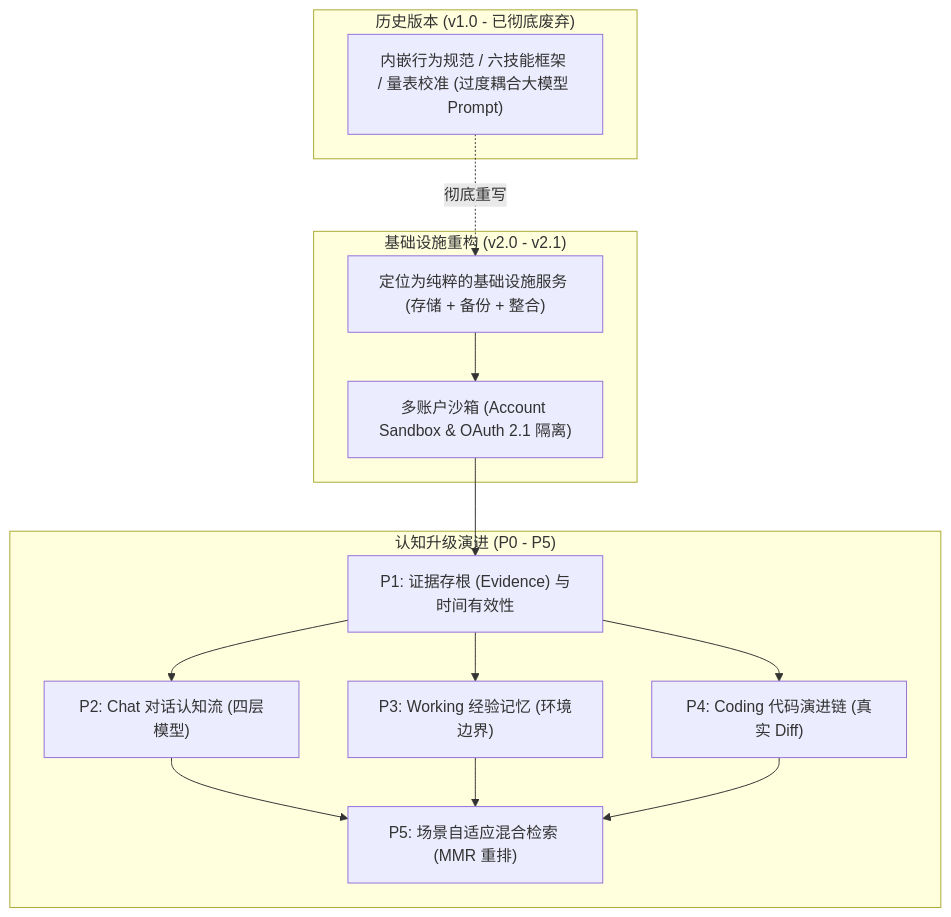
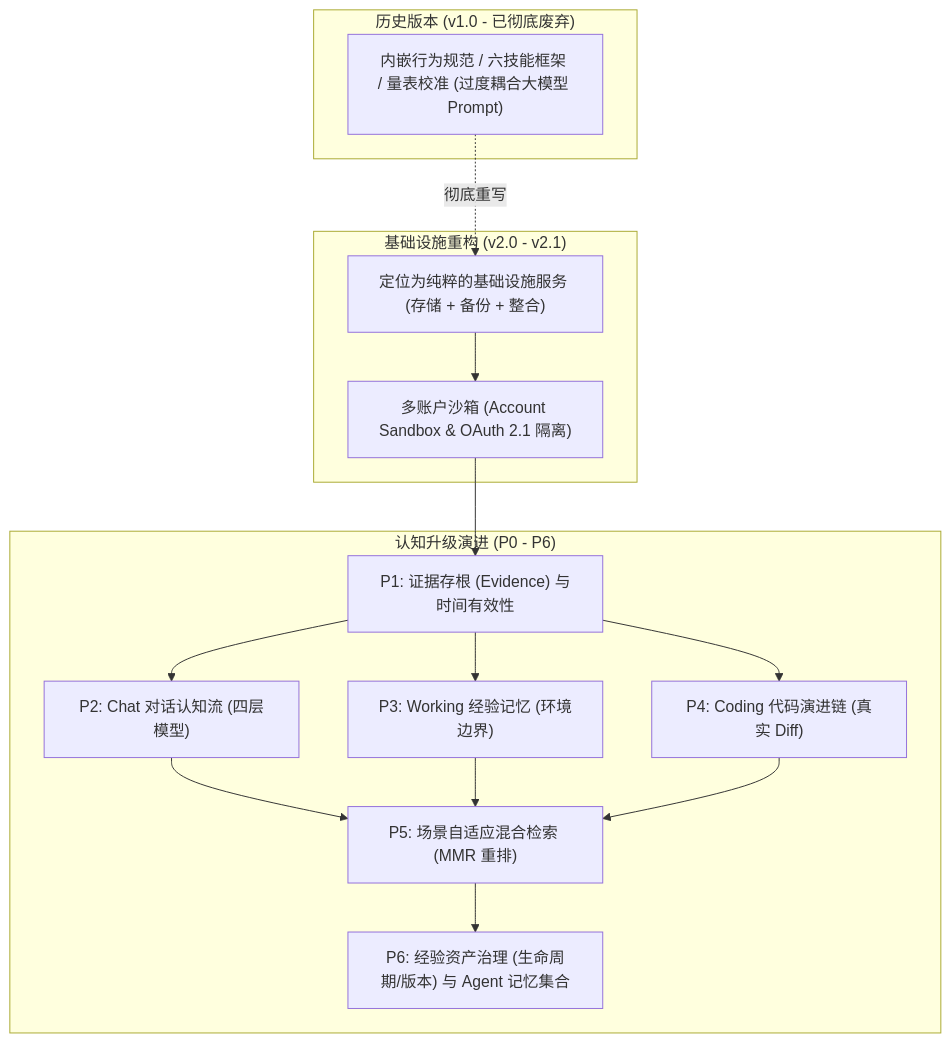
The first of 2 diagrams in docs/README.md (orderye/memory-hub), drawn with Mermaid before and after one commit. The commit also changed other lines of this file and 11 other files, not shown here.

````diff
--- a/docs/README.md
+++ b/docs/README.md
@@ -60,30 +78,32 @@
 ```mermaid
 flowchart TD
     subgraph V1["历史版本 (v1.0 - 已彻底废弃)"]
         V1_Old["内嵌行为规范 / 六技能框架 / 量表校准 (过度耦合大模型 Prompt)"]
     end
 
     subgraph V2["基础设施重构 (v2.0 - v2.1)"]
         V2_Core["定位为纯粹的基础设施服务 (存储 + 备份 + 整合)"]
         V2_Sandbox["多账户沙箱 (Account Sandbox & OAuth 2.1 隔离)"]
         V2_Core --> V2_Sandbox
     end
 
-    subgraph Cognitive["认知升级演进 (P0 - P5)"]
+    subgraph Cognitive["认知升级演进 (P0 - P6)"]
         P1["P1: 证据存根 (Evidence) 与时间有效性"]
         P2["P2: Chat 对话认知流 (四层模型)"]
         P3["P3: Working 经验记忆 (环境边界)"]
         P4["P4: Coding 代码演进链 (真实 Diff)"]
         P5["P5: 场景自适应混合检索 (MMR 重排)"]
-        
+        P6["P6: 经验资产治理 (生命周期/版本) 与 Agent 记忆集合"]
+
         P1 --> P2
         P1 --> P3
         P1 --> P4
         P2 --> P5
         P3 --> P5
         P4 --> P5
+        P5 --> P6
     end
 
     V1_Old -.->|彻底重写| V2_Core
     V2_Sandbox --> P1
 ```
````
